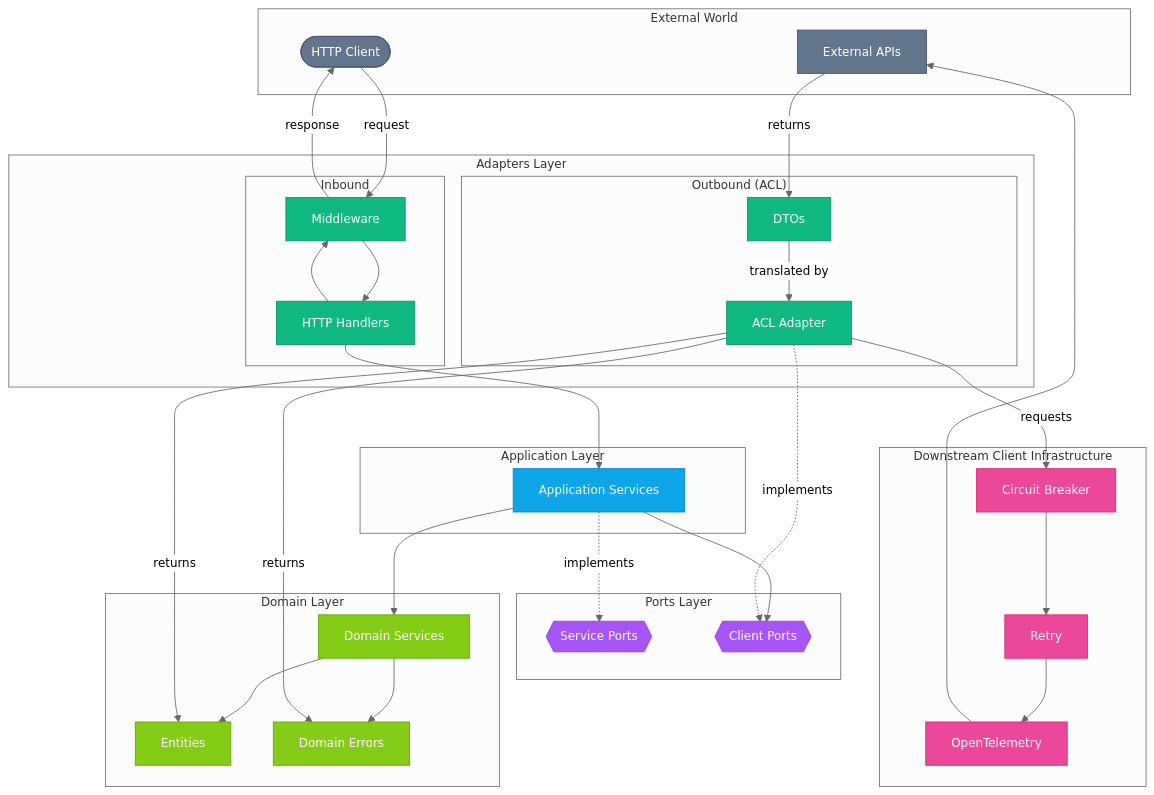
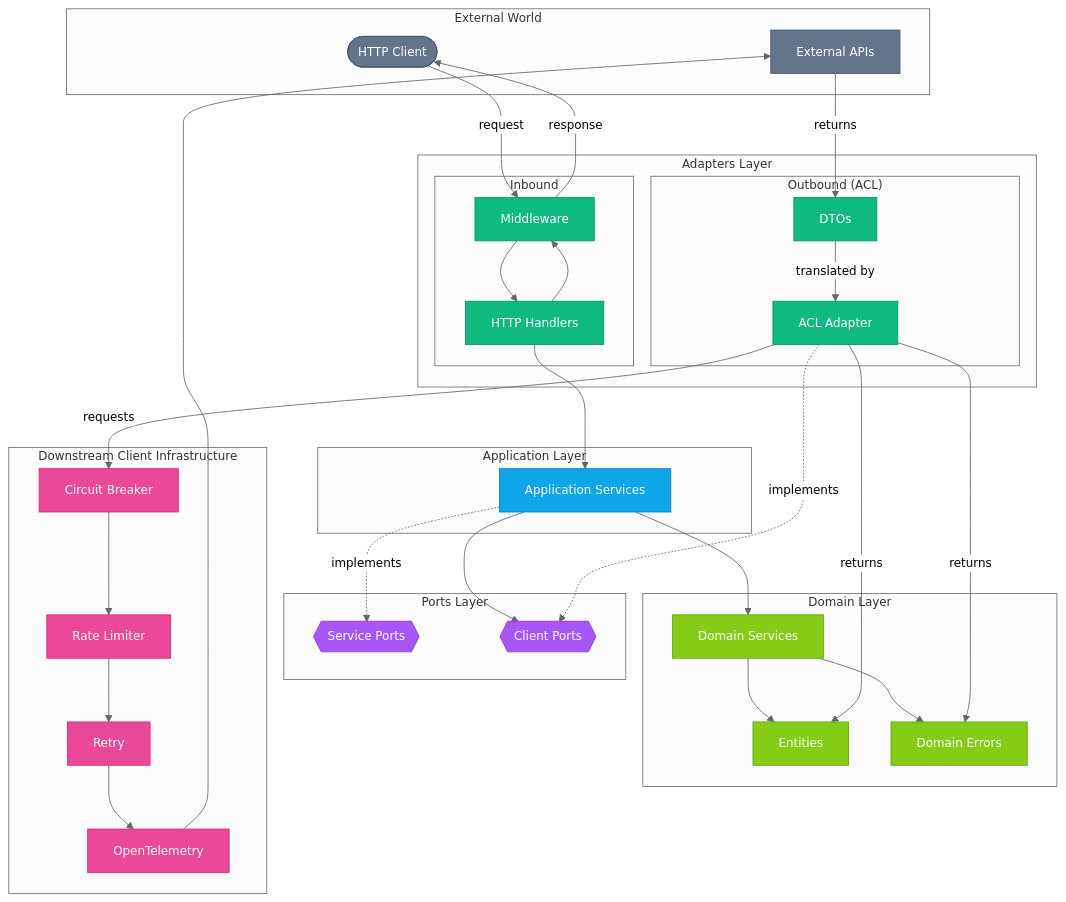
One commit to jsamuelsen11/go-service-template-v2 changed the second of 8 diagrams in docs/ARCHITECTURE.md. Above: the diagram before and after it, drawn with Mermaid. The commit also changed other lines of this file, not shown here.

First line of the commit message:
docs: update architecture diagrams for rate limiter

````diff
--- a/docs/ARCHITECTURE.md
+++ b/docs/ARCHITECTURE.md
@@ -106,69 +106,70 @@
 ```mermaid
 %%{init: {'theme': 'neutral', 'themeVariables': { 'fontSize': '14px' }}}%%
 flowchart TB
     subgraph External["External World"]
         HTTP(["HTTP Client"])
         ExtAPI["External APIs"]
     end
 
     subgraph Adapters["Adapters Layer"]
         subgraph Inbound["Inbound"]
             MW["Middleware"]
             Handlers["HTTP Handlers"]
         end
         subgraph Outbound["Outbound (ACL)"]
             ACLImpl["ACL Adapter"]
             DTO["DTOs"]
         end
     end
 
     subgraph Application["Application Layer"]
         AppServices["Application Services"]
     end
 
     subgraph Ports["Ports Layer"]
         SvcPorts{{"Service Ports"}}
         ClientPorts{{"Client Ports"}}
     end
 
     subgraph Domain["Domain Layer"]
         DomainServices["Domain Services"]
         Entities["Entities"]
         DomainErr["Domain Errors"]
     end
 
     subgraph Infra["Downstream Client Infrastructure"]
         CB["Circuit Breaker"]
+        RL["Rate Limiter"]
         Retry["Retry"]
         InfraOTEL["OpenTelemetry"]
     end
 
     HTTP -->|request| MW --> Handlers
     Handlers --> MW -->|response| HTTP
     Handlers --> AppServices
     AppServices -.->|implements| SvcPorts
     AppServices --> DomainServices
     DomainServices --> Entities
     DomainServices --> DomainErr
     AppServices --> ClientPorts
     ACLImpl -.->|implements| ClientPorts
-    ACLImpl -->|requests| CB --> Retry --> InfraOTEL --> ExtAPI
+    ACLImpl -->|requests| CB --> RL --> Retry --> InfraOTEL --> ExtAPI
     ExtAPI -->|returns| DTO
     DTO -->|translated by| ACLImpl
     ACLImpl -->|returns| Entities
     ACLImpl -->|returns| DomainErr
 
     classDef domain fill:#84cc16,stroke:#65a30d,color:#fff
     classDef ports fill:#a855f7,stroke:#9333ea,color:#fff
     classDef app fill:#0ea5e9,stroke:#0284c7,color:#fff
     classDef adapter fill:#10b981,stroke:#059669,color:#fff
     classDef infra fill:#ec4899,stroke:#db2777,color:#fff
     classDef external fill:#64748b,stroke:#475569,color:#fff
 
     class DomainServices,Entities,DomainErr domain
     class SvcPorts,ClientPorts ports
     class AppServices app
     class Handlers,MW,ACLImpl,DTO adapter
-    class CB,Retry,InfraOTEL infra
+    class CB,RL,Retry,InfraOTEL infra
     class HTTP,ExtAPI external
 ```
````
